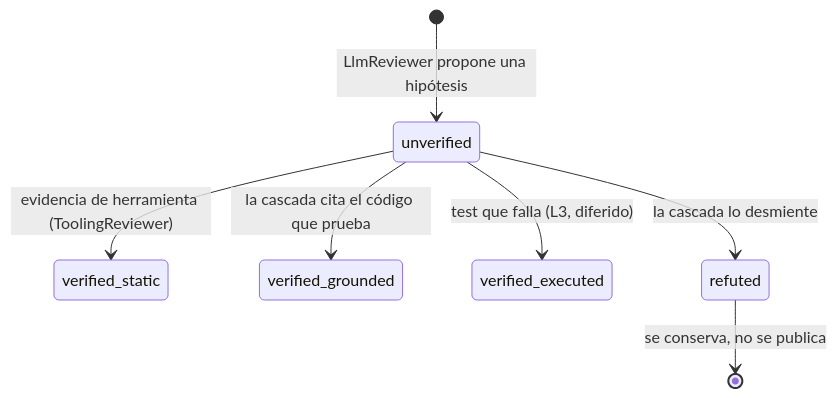
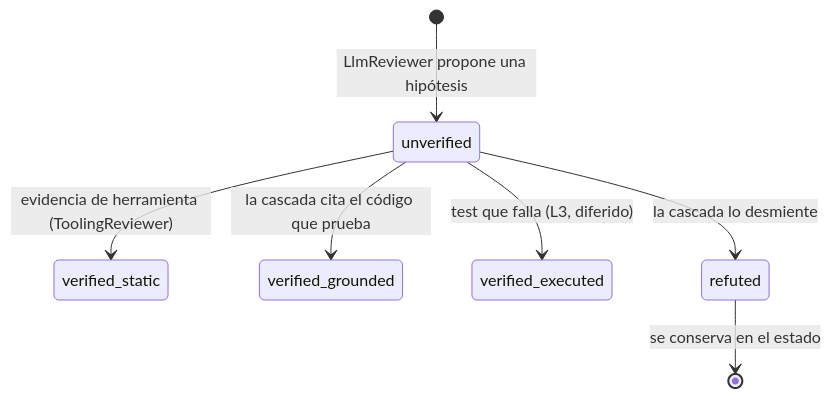
One commit to pcgarat/agent-review-langgraph changed the diagram in docs/iniciativas/007-contrato-de-verificacion/spec.md. Above: the diagram before and after it, drawn with Mermaid. The commit also changed other lines of this file and 8 other files, not shown here.

````diff
--- a/docs/iniciativas/007-contrato-de-verificacion/spec.md
+++ b/docs/iniciativas/007-contrato-de-verificacion/spec.md
@@ -177,9 +181,9 @@
 ```mermaid
 stateDiagram-v2
     [*] --> unverified: LlmReviewer propone una hipótesis
     unverified --> verified_static: evidencia de herramienta (ToolingReviewer)
     unverified --> verified_grounded: la cascada cita el código que prueba
     unverified --> verified_executed: test que falla (L3, diferido)
     unverified --> refuted: la cascada lo desmiente
-    refuted --> [*]: se conserva, no se publica
+    refuted --> [*]: se conserva en el estado
 ```
````
